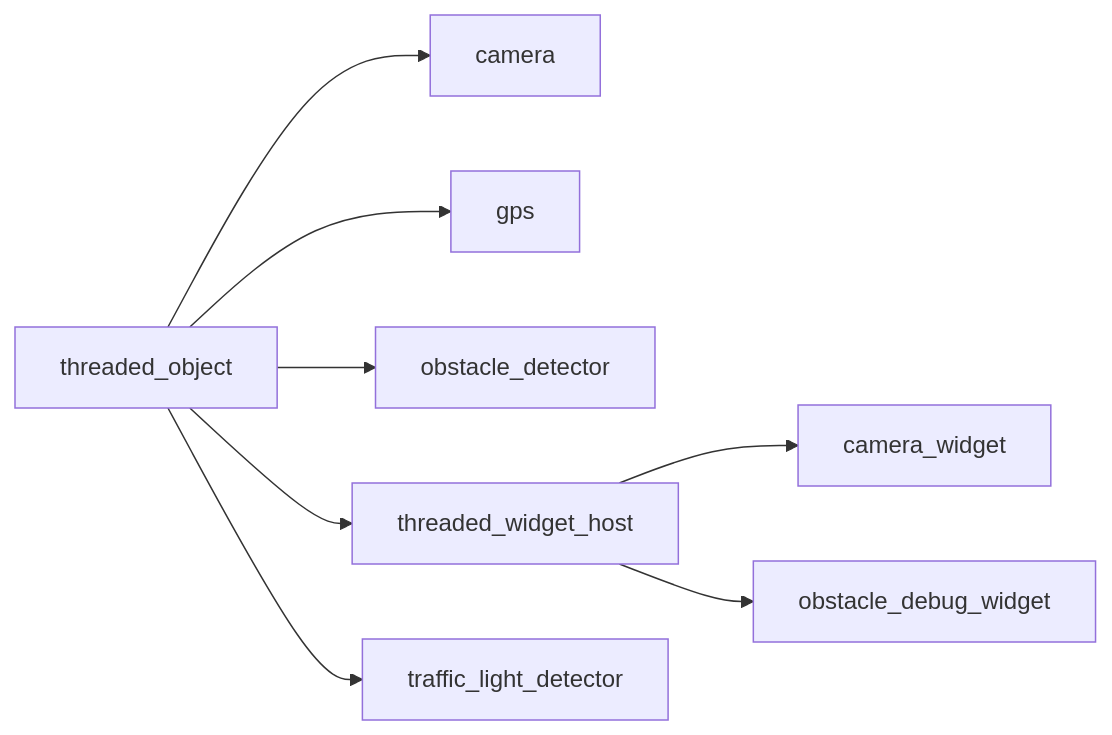
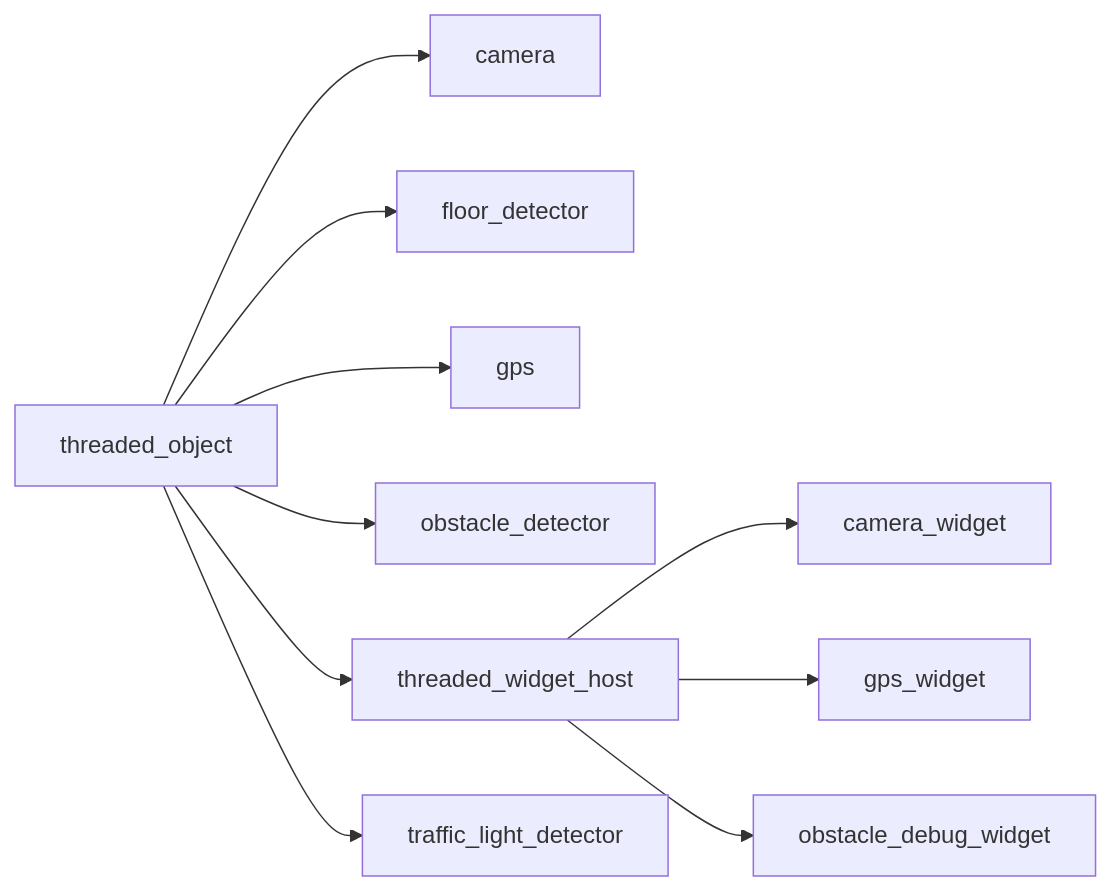
One commit to kasper-szczerba/acs_wiki changed the second of 2 diagrams in docs/codebase/namespaces/core/implementations/threaded_object.md. Above: the diagram before and after it, drawn with Mermaid. The commit also changed other lines of this file and 34 other files, not shown here.

````diff
--- a/docs/codebase/namespaces/core/implementations/threaded_object.md
+++ b/docs/codebase/namespaces/core/implementations/threaded_object.md
@@ -26,11 +26,13 @@
 ```mermaid
 graph LR
     threaded_object["threaded_object"]
     threaded_object["threaded_object"] --> camera["camera"]
+    threaded_object["threaded_object"] --> floor_detector["floor_detector"]
     threaded_object["threaded_object"] --> gps["gps"]
     threaded_object["threaded_object"] --> obstacle_detector["obstacle_detector"]
     threaded_object["threaded_object"] --> threaded_widget_host["threaded_widget_host"]
     threaded_object["threaded_object"] --> traffic_light_detector["traffic_light_detector"]
     threaded_widget_host["threaded_widget_host"] --> camera_widget["camera_widget"]
+    threaded_widget_host["threaded_widget_host"] --> gps_widget["gps_widget"]
     threaded_widget_host["threaded_widget_host"] --> obstacle_debug_widget["obstacle_debug_widget"]
 ```
````
